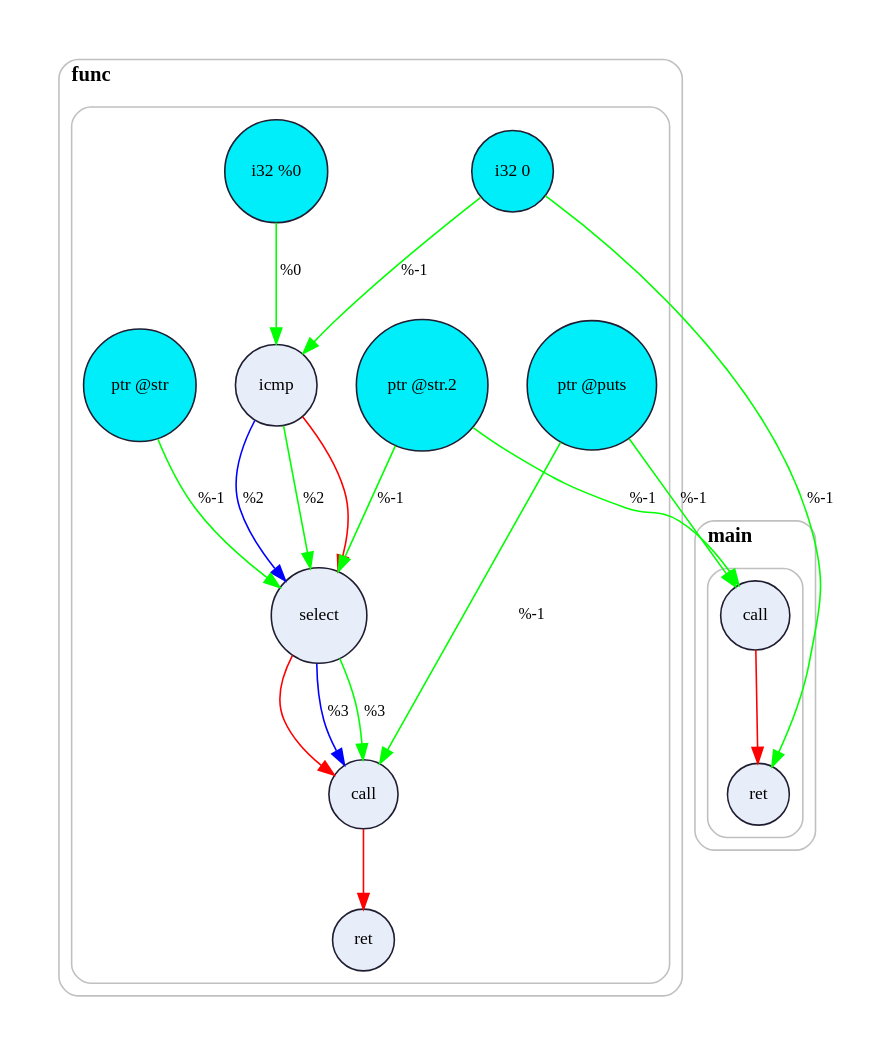
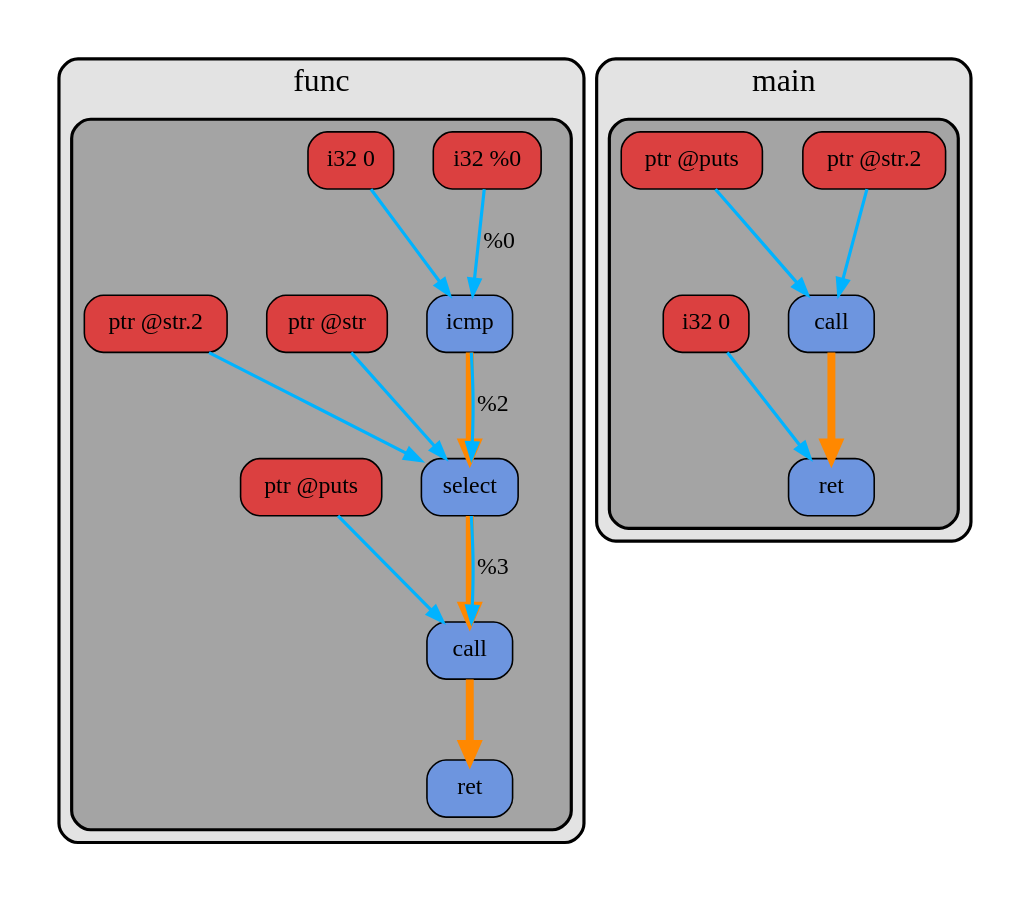
Before and after one commit to sevaphasol/llvm-ir-dumper: the diagram in examples/hello/dot/after_opt.dot, drawn with Graphviz. The commit also changed 87 other files, not shown here.

```diff
--- a/examples/hello/dot/after_opt.dot
+++ b/examples/hello/dot/after_opt.dot
@@ -1,86 +1,83 @@
 digraph "examples/hello/hello.c" {
-  graph [pad=0.3];
-  rankdir=UB;
-  newrank=true;
-  splines=true;
-  overlap=false;
-  nodesep=0.35;
-  ranksep=0.7;
-  node  [fontname="SF Pro Text Bold 10", fontsize=11];
-  edge  [fontname="SF Pro Text Bold 10", fontsize=10];
-subgraph cluster_2 {
-  style="rounded";
-  color="#C0C0C0";
-  labelloc="t";
-  labeljust="l";
-  fontsize=13;
+  graph [pad=0.3, rankdir=UB, compound=true, overlap=false, nodesep=0.35, ranksep=0.7, splines=true];
+  node [fontname="SF Pro Text Bold 10", fontsize=15];
+  edge [fontname="SF Pro Text Bold 10", fontsize=15];
+subgraph cluster_func_1 {
+  shape="box";
+  style="rounded, filled";
+  fillcolor="#e3e3e3";
+  color="#000000";
+  penwidth=2;
+  fontsize=20;
   fontname="SF Pro Text Bold 10";
-  label=<<B>func</B>>;
-subgraph cluster_2_1 {
-  style="rounded";
-  color="#C0C0C0";
-  labelloc="t";
-  labeljust="l";
-  fontsize=13;
+  label="func";
+  subgraph cluster_func_1_bb_1 {
+    shape="box";
+    style="rounded, filled";
+    fillcolor="#a4a4a4";
+    color="#000000";
+    penwidth=2;
+    fontsize=0;
+    fontname="";
+    label="";
+    n0x5f6abb7ae2e0 [shape="box", style="rounded, filled", fillcolor="#6d95df", color="#000000", fontcolor="#000000", label="icmp"];
+    n0x5f6abb8befb0 [shape="box", style="rounded, filled", fillcolor="#6d95df", color="#000000", fontcolor="#000000", label="select"];
+    n0x5f6abb8cf230 [shape="box", style="rounded, filled", fillcolor="#6d95df", color="#000000", fontcolor="#000000", label="call"];
+    n0x5f6abb8947a0 [shape="box", style="rounded, filled", fillcolor="#6d95df", color="#000000", fontcolor="#000000", label="ret"];
+    u0x5f6abb7ae2a0 [shape="box", style="rounded, filled", fillcolor="#db4040", color="#000000", fontcolor="#000000", label="i32 %0"];
+    u0x5f6abb7ae2c0 [shape="box", style="rounded, filled", fillcolor="#db4040", color="#000000", fontcolor="#000000", label="i32 0"];
+    u0x5f6abb8bef70 [shape="box", style="rounded, filled", fillcolor="#db4040", color="#000000", fontcolor="#000000", label="ptr @str"];
+    u0x5f6abb8bef90 [shape="box", style="rounded, filled", fillcolor="#db4040", color="#000000", fontcolor="#000000", label="ptr @str.2"];
+    u0x5f6abb8cf210 [shape="box", style="rounded, filled", fillcolor="#db4040", color="#000000", fontcolor="#000000", label="ptr @puts"];
+  }
+}
+subgraph cluster_func_2 {
+  shape="box";
+  style="rounded, filled";
+  fillcolor="#e3e3e3";
+  color="#000000";
+  penwidth=2;
+  fontsize=20;
   fontname="SF Pro Text Bold 10";
-  label="";
-n0x5e39407cd2e0[shape=circle, style="filled", fillcolor="#E8EEF9", color="#1f1d31ff", fontcolor="#000000", label="icmp"];
-n0x5e39408dc4a0[shape=circle, style="filled", fillcolor="#E8EEF9", color="#1f1d31ff", fontcolor="#000000", label="select"];
-n0x5e39408e74e0[shape=circle, style="filled", fillcolor="#E8EEF9", color="#1f1d31ff", fontcolor="#000000", label="call"];
-n0x5e39408d9e40[shape=circle, style="filled", fillcolor="#E8EEF9", color="#1f1d31ff", fontcolor="#000000", label="ret"];
-n0x5e39407cd2e0->n0x5e39408dc4a0 [color="#FF0000"];
-n0x5e39408dc4a0->n0x5e39408e74e0 [color="#FF0000"];
-n0x5e39408e74e0->n0x5e39408d9e40 [color="#FF0000"];
-n0x5e39407cd2e0->n0x5e39408dc4a0 [color="#0000FF", label="%2"];
-n0x5e3940884b40[shape=circle, style="filled", fillcolor="#00EEF9", color="#1f1d31ff", fontcolor="#000000", label="i32 %0"];
-n0x5e3940884b40->n0x5e39407cd2e0 [color="#00FF00", label="%0"];
-n0x5e394088c1c0[shape=circle, style="filled", fillcolor="#00EEF9", color="#1f1d31ff", fontcolor="#000000", label="i32 0"];
-n0x5e394088c1c0->n0x5e39407cd2e0 [color="#00FF00", label="%-1"];
-n0x5e39408dc4a0->n0x5e39408e74e0 [color="#0000FF", label="%3"];
-n0x5e39407cd2e0->n0x5e39408dc4a0 [color="#00FF00", label="%2"];
-n0x5e394090af80[shape=circle, style="filled", fillcolor="#00EEF9", color="#1f1d31ff", fontcolor="#000000", label="ptr @str"];
-n0x5e394090af80->n0x5e39408dc4a0 [color="#00FF00", label="%-1"];
-n0x5e394088bf50[shape=circle, style="filled", fillcolor="#00EEF9", color="#1f1d31ff", fontcolor="#000000", label="ptr @str.2"];
-n0x5e394088bf50->n0x5e39408dc4a0 [color="#00FF00", label="%-1"];
-n0x5e39408dc4a0->n0x5e39408e74e0 [color="#00FF00", label="%3"];
-n0x5e39408c7d68[shape=circle, style="filled", fillcolor="#00EEF9", color="#1f1d31ff", fontcolor="#000000", label="ptr @puts"];
-n0x5e39408c7d68->n0x5e39408e74e0 [color="#00FF00", label="%-1"];
+  label="main";
+  subgraph cluster_func_2_bb_1 {
+    shape="box";
+    style="rounded, filled";
+    fillcolor="#a4a4a4";
+    color="#000000";
+    penwidth=2;
+    fontsize=0;
+    fontname="";
+    label="";
+    n0x5f6abb8ec0f0 [shape="box", style="rounded, filled", fillcolor="#6d95df", color="#000000", fontcolor="#000000", label="call"];
+    n0x5f6abb8ec170 [shape="box", style="rounded, filled", fillcolor="#6d95df", color="#000000", fontcolor="#000000", label="ret"];
+    u0x5f6abb8ec0b0 [shape="box", style="rounded, filled", fillcolor="#db4040", color="#000000", fontcolor="#000000", label="ptr @str.2"];
+    u0x5f6abb8ec0d0 [shape="box", style="rounded, filled", fillcolor="#db4040", color="#000000", fontcolor="#000000", label="ptr @puts"];
+    u0x5f6abb8ec150 [shape="box", style="rounded, filled", fillcolor="#db4040", color="#000000", fontcolor="#000000", label="i32 0"];
+  }
 }
+subgraph cluster_func_3 {
+  shape="box";
+  style="rounded, filled";
+  fillcolor="#e3e3e3";
+  color="#000000";
+  penwidth=2;
+  fontsize=20;
+  fontname="SF Pro Text Bold 10";
+  label="puts";
 }
-subgraph cluster_4 {
-  style="rounded";
-  color="#C0C0C0";
-  labelloc="t";
-  labeljust="l";
-  fontsize=13;
-  fontname="SF Pro Text Bold 10";
-  label=<<B>main</B>>;
-subgraph cluster_4_1 {
-  style="rounded";
-  color="#C0C0C0";
-  labelloc="t";
-  labeljust="l";
-  fontsize=13;
-  fontname="SF Pro Text Bold 10";
-  label="";
-n0x5e394090b160[shape=circle, style="filled", fillcolor="#E8EEF9", color="#1f1d31ff", fontcolor="#000000", label="call"];
-n0x5e394090b1e0[shape=circle, style="filled", fillcolor="#E8EEF9", color="#1f1d31ff", fontcolor="#000000", label="ret"];
-n0x5e394090b160->n0x5e394090b1e0 [color="#FF0000"];
-n0x5e394088bf50[shape=circle, style="filled", fillcolor="#00EEF9", color="#1f1d31ff", fontcolor="#000000", label="ptr @str.2"];
-n0x5e394088bf50->n0x5e394090b160 [color="#00FF00", label="%-1"];
-n0x5e39408c7d68[shape=circle, style="filled", fillcolor="#00EEF9", color="#1f1d31ff", fontcolor="#000000", label="ptr @puts"];
-n0x5e39408c7d68->n0x5e394090b160 [color="#00FF00", label="%-1"];
-n0x5e394088c1c0[shape=circle, style="filled", fillcolor="#00EEF9", color="#1f1d31ff", fontcolor="#000000", label="i32 0"];
-n0x5e394088c1c0->n0x5e394090b1e0 [color="#00FF00", label="%-1"];
+n0x5f6abb7ae2e0 -> n0x5f6abb8befb0 [color="#ff8800", weight=10000, penwidth=5];
+n0x5f6abb8befb0 -> n0x5f6abb8cf230 [color="#ff8800", weight=10000, penwidth=5];
+n0x5f6abb8cf230 -> n0x5f6abb8947a0 [color="#ff8800", weight=10000, penwidth=5];
+n0x5f6abb7ae2e0 -> n0x5f6abb8befb0 [color="#00b3ff", weight=1, penwidth=2, label="%2"];
+u0x5f6abb7ae2a0 -> n0x5f6abb7ae2e0 [color="#00b3ff", weight=1, penwidth=2, label="%0"];
+u0x5f6abb7ae2c0 -> n0x5f6abb7ae2e0 [color="#00b3ff", weight=1, penwidth=2];
+n0x5f6abb8befb0 -> n0x5f6abb8cf230 [color="#00b3ff", weight=1, penwidth=2, label="%3"];
+u0x5f6abb8bef70 -> n0x5f6abb8befb0 [color="#00b3ff", weight=1, penwidth=2];
+u0x5f6abb8bef90 -> n0x5f6abb8befb0 [color="#00b3ff", weight=1, penwidth=2];
+u0x5f6abb8cf210 -> n0x5f6abb8cf230 [color="#00b3ff", weight=1, penwidth=2];
+n0x5f6abb8ec0f0 -> n0x5f6abb8ec170 [color="#ff8800", weight=10000, penwidth=5];
+u0x5f6abb8ec0b0 -> n0x5f6abb8ec0f0 [color="#00b3ff", weight=1, penwidth=2];
+u0x5f6abb8ec0d0 -> n0x5f6abb8ec0f0 [color="#00b3ff", weight=1, penwidth=2];
+u0x5f6abb8ec150 -> n0x5f6abb8ec170 [color="#00b3ff", weight=1, penwidth=2];
 }
-}
-subgraph cluster_6 {
-  style="rounded";
-  color="#C0C0C0";
-  labelloc="t";
-  labeljust="l";
-  fontsize=13;
-  fontname="SF Pro Text Bold 10";
-  label=<<B>puts</B>>;
-}
-}
```
